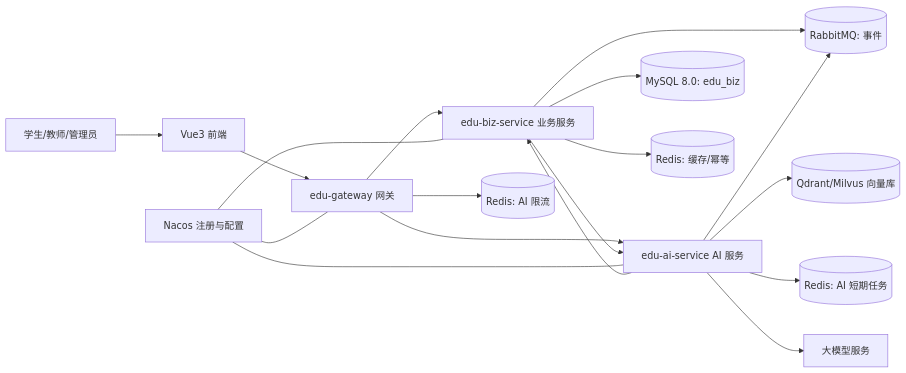
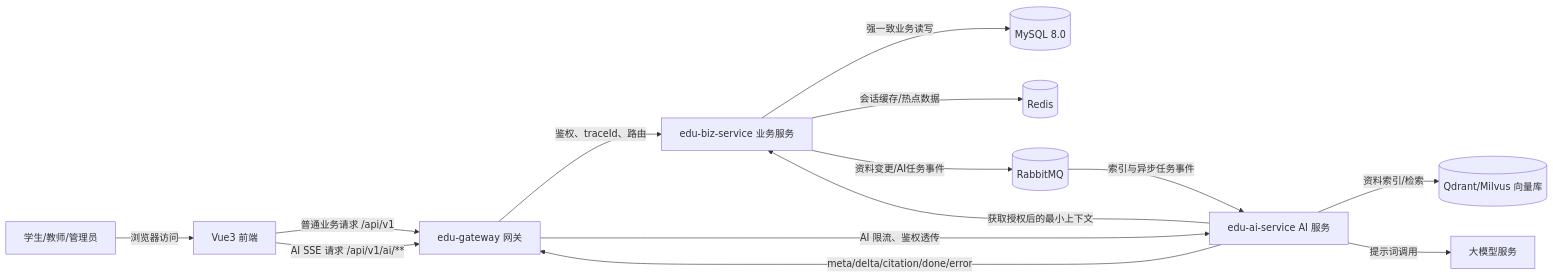
One commit to tf-3766/smart_education changed the first of 6 diagrams in 在线教育辅助教学系统_项目设计文档_第一组.md. Above: the diagram before and after it, drawn with Mermaid. The commit also changed other lines of this file and 1 other file, not shown here.

````diff
--- a/在线教育辅助教学系统_项目设计文档_第一组.md
+++ b/在线教育辅助教学系统_项目设计文档_第一组.md
@@ -80,20 +80,16 @@
 ```mermaid
 flowchart LR
-    U[学生/教师/管理员] --> FE[Vue3 前端]
-    FE --> GW[edu-gateway 网关]
-    GW --> BIZ[edu-biz-service 业务服务]
-    GW --> AI[edu-ai-service AI 服务]
-    BIZ --> DB[(MySQL 8.0: edu_biz)]
-    BIZ --> Redis[(Redis: 缓存/幂等)]
-    BIZ --> MQ[(RabbitMQ: 事件)]
-    AI --> VDB[(Qdrant/Milvus 向量库)]
-    AI --> AIRedis[(Redis: AI 短期任务)]
-    AI --> LLM[大模型服务]
-    AI --> MQ
-    BIZ --> AI
-    AI --> BIZ
-    GW --> GWRedis[(Redis: AI 限流)]
-    Nacos[Nacos 注册与配置] --- GW
-    Nacos --- BIZ
-    Nacos --- AI
+    U[学生/教师/管理员] -- "浏览器访问" --> FE[Vue3 前端]
+    FE -- "普通业务请求 /api/v1" --> GW[edu-gateway 网关]
+    FE -- "AI SSE 请求 /api/v1/ai/**" --> GW
+    GW -- "鉴权、traceId、路由" --> BIZ[edu-biz-service 业务服务]
+    GW -- "AI 限流、鉴权透传" --> AI[edu-ai-service AI 服务]
+    BIZ -- "强一致业务读写" --> DB[(MySQL 8.0)]
+    BIZ -- "会话缓存/热点数据" --> Redis[(Redis)]
+    BIZ -- "资料变更/AI任务事件" --> MQ[(RabbitMQ)]
+    AI -- "获取授权后的最小上下文" --> BIZ
+    AI -- "资料索引/检索" --> VDB[(Qdrant/Milvus 向量库)]
+    AI -- "提示词调用" --> LLM[大模型服务]
+    MQ -- "索引与异步任务事件" --> AI
+    AI -- "meta/delta/citation/done/error" --> GW
 ```
````
